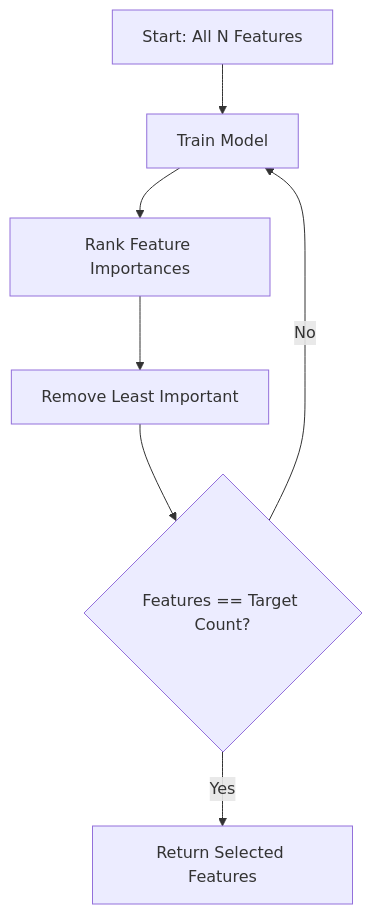
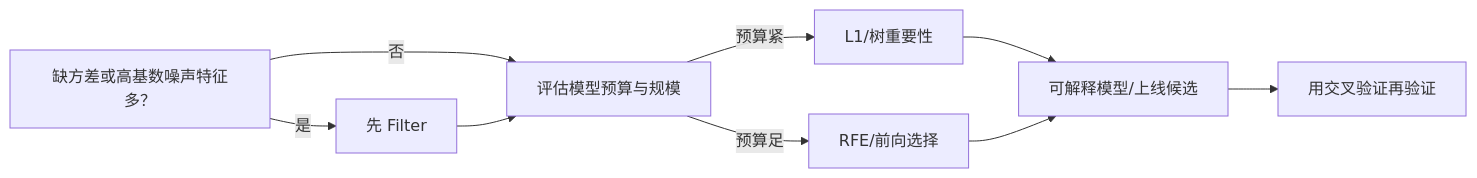
The third of 3 diagrams in phases/02-ml-fundamentals/18-feature-selection/docs/zh.md (omigaZen/ai-engineering-from-scratch), drawn with Mermaid before and after one commit. The commit also changed other lines of this file, not shown here.

````diff
--- a/phases/02-ml-fundamentals/18-feature-selection/docs/zh.md
+++ b/phases/02-ml-fundamentals/18-feature-selection/docs/zh.md
@@ -127,9 +144,11 @@
 ```mermaid
-flowchart TD
-    A["Start: All N Features"] --> B["Train Model"]
-    B --> C["Rank Feature Importances"]
-    C --> D["Remove Least Important"]
-    D --> E{"Features == Target Count?"}
-    E -->|No| B
-    E -->|Yes| F["Return Selected Features"]
+flowchart LR
+    A[缺方差或高基数噪声特征多？] -->|是| B[先 Filter]
+    A -->|否| C[评估模型预算与规模]
+    C -->|预算紧| D[L1/树重要性]
+    C -->|预算足| E[RFE/前向选择]
+    B --> C
+    D --> F[可解释模型/上线候选]
+    E --> F
+    F --> G[用交叉验证再验证]
 ```
````
